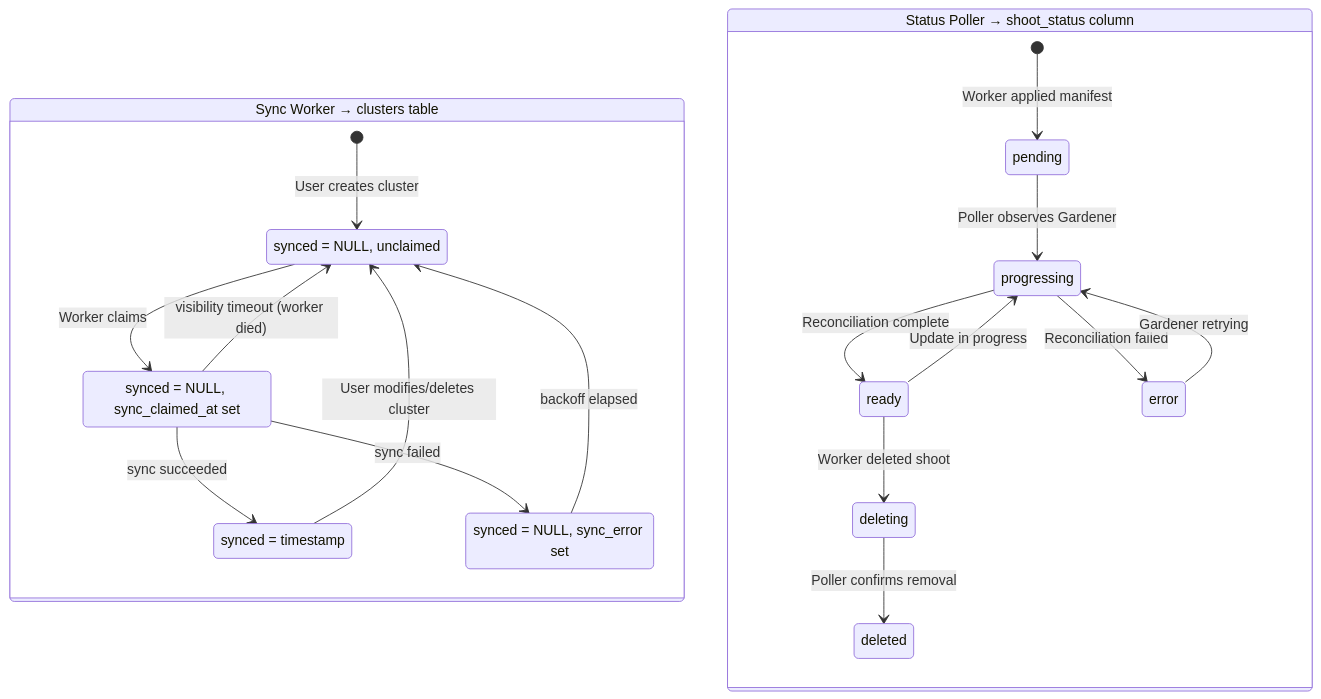
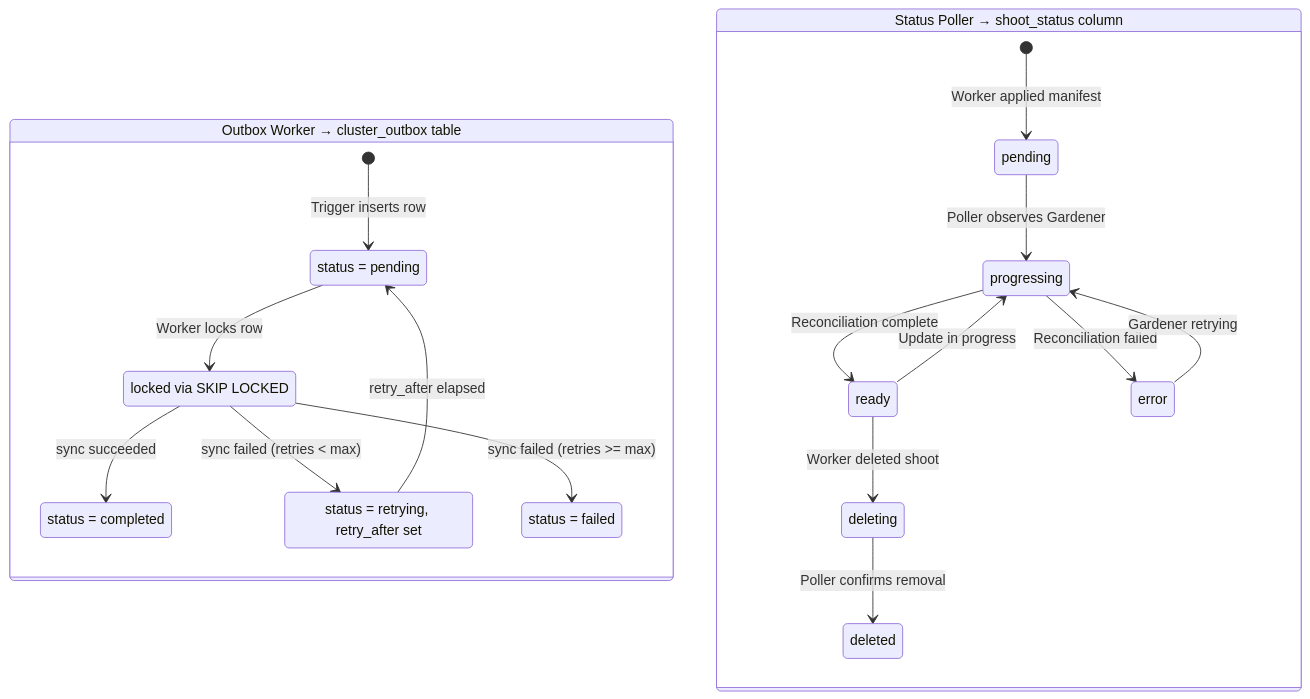
Before and after one commit to fundament-oss/fundament: the second of 2 diagrams in cluster-worker/README.md, drawn with Mermaid. The commit also changed other lines of this file and 26 other files, not shown here.

````diff
--- a/cluster-worker/README.md
+++ b/cluster-worker/README.md
@@ -132,38 +130,37 @@
 ```mermaid
 stateDiagram-v2
     direction TB
 
-    state "Sync Worker → clusters table" as db {
-        [*] --> Pending: User creates cluster
-        Synced --> Pending: User modifies/deletes cluster
+    state "Outbox Worker → cluster_outbox table" as outbox {
+        [*] --> Pending: Trigger inserts row
+        Pending --> Processing: Worker locks row
+        Processing --> Completed: sync succeeded
+        Processing --> Retrying: sync failed (retries < max)
+        Processing --> Failed: sync failed (retries >= max)
+        Retrying --> Pending: retry_after elapsed
 
-        Pending --> Claimed: Worker claims
-        Claimed --> Synced: sync succeeded
-        Claimed --> Failed: sync failed
-        Failed --> Pending: backoff elapsed
-        Claimed --> Pending: visibility timeout (worker died)
-
-        Pending: synced = NULL, unclaimed
-        Claimed: synced = NULL, sync_claimed_at set
-        Failed: synced = NULL, sync_error set
-        Synced: synced = timestamp
+        Pending: status = pending
+        Processing: locked via SKIP LOCKED
+        Retrying: status = retrying, retry_after set
+        Completed: status = completed
+        Failed: status = failed
     }
 
     state "Status Poller → shoot_status column" as poller {
         [*] --> Pending2: Worker applied manifest
         Pending2 --> Progressing: Poller observes Gardener
         Progressing --> Ready: Reconciliation complete
         Progressing --> Error: Reconciliation failed
         Error --> Progressing: Gardener retrying
         Ready --> Progressing: Update in progress
         Ready --> Deleting: Worker deleted shoot
         Deleting --> Deleted: Poller confirms removal
 
         Pending2: pending
         Progressing: progressing
         Ready: ready
         Error: error
         Deleting: deleting
         Deleted: deleted
     }
 ```
````
